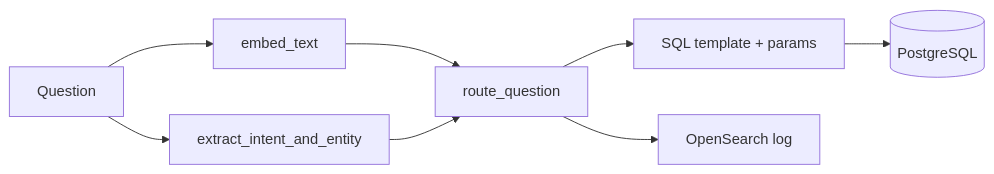
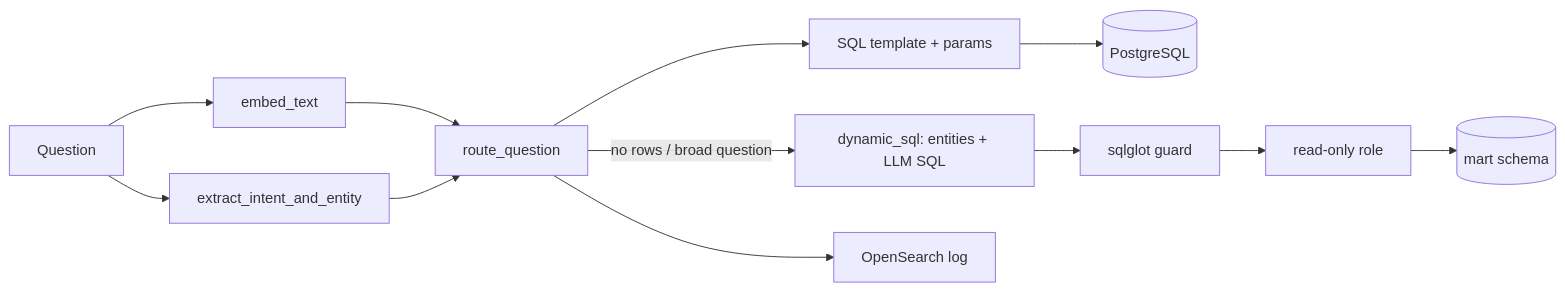
Before and after one commit to wronski-tech/plujka: the diagram in docs/ARCHITECTURE.md, drawn with Mermaid. The commit also changed other lines of this file and 23 other files, not shown here.

First line of the commit message:
Add relational election mart with guarded LLM SQL

````diff
--- a/docs/ARCHITECTURE.md
+++ b/docs/ARCHITECTURE.md
@@ -7,10 +7,12 @@
 ```mermaid
 flowchart LR
   Q[Question] --> E[embed_text]
   Q --> L[extract_intent_and_entity]
   E --> R[route_question]
   L --> R
   R --> T[SQL template + params]
   T --> DB[(PostgreSQL)]
+  R -->|no rows / broad question| D[dynamic_sql: entities + LLM SQL]
+  D --> G[sqlglot guard] --> RO[read-only role] --> M[(mart schema)]
   R --> OS[OpenSearch log]
 ```
````
